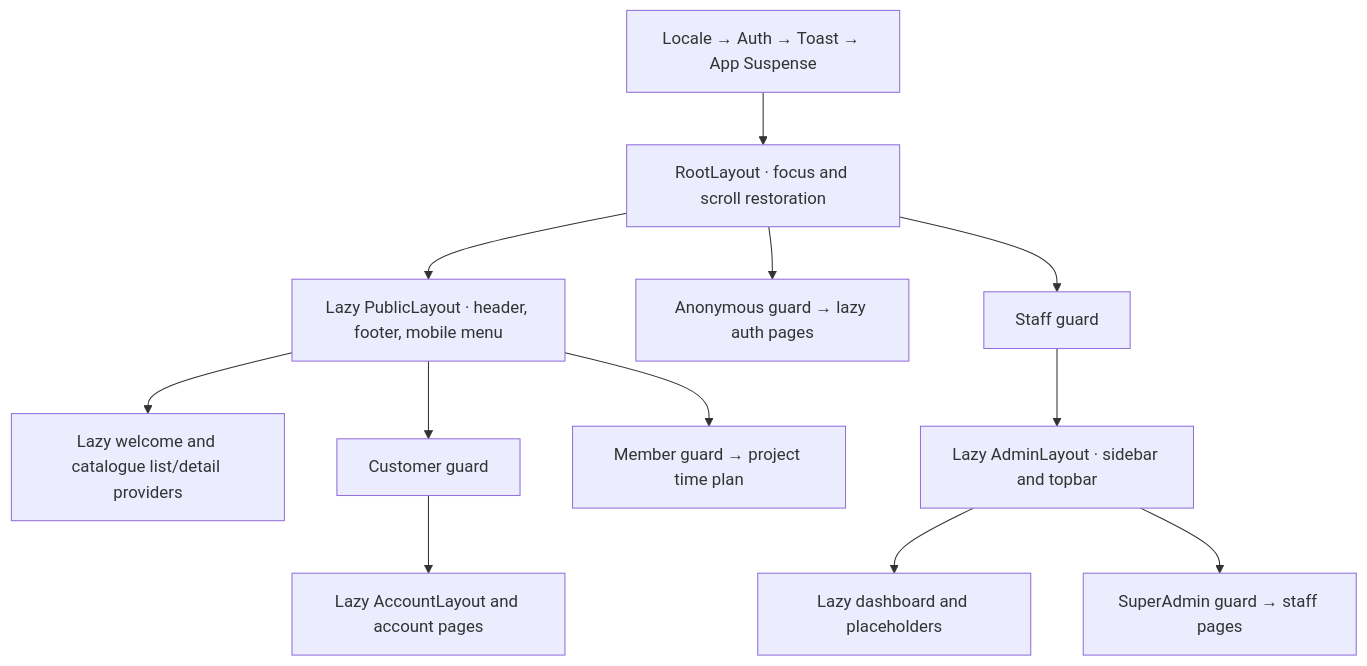
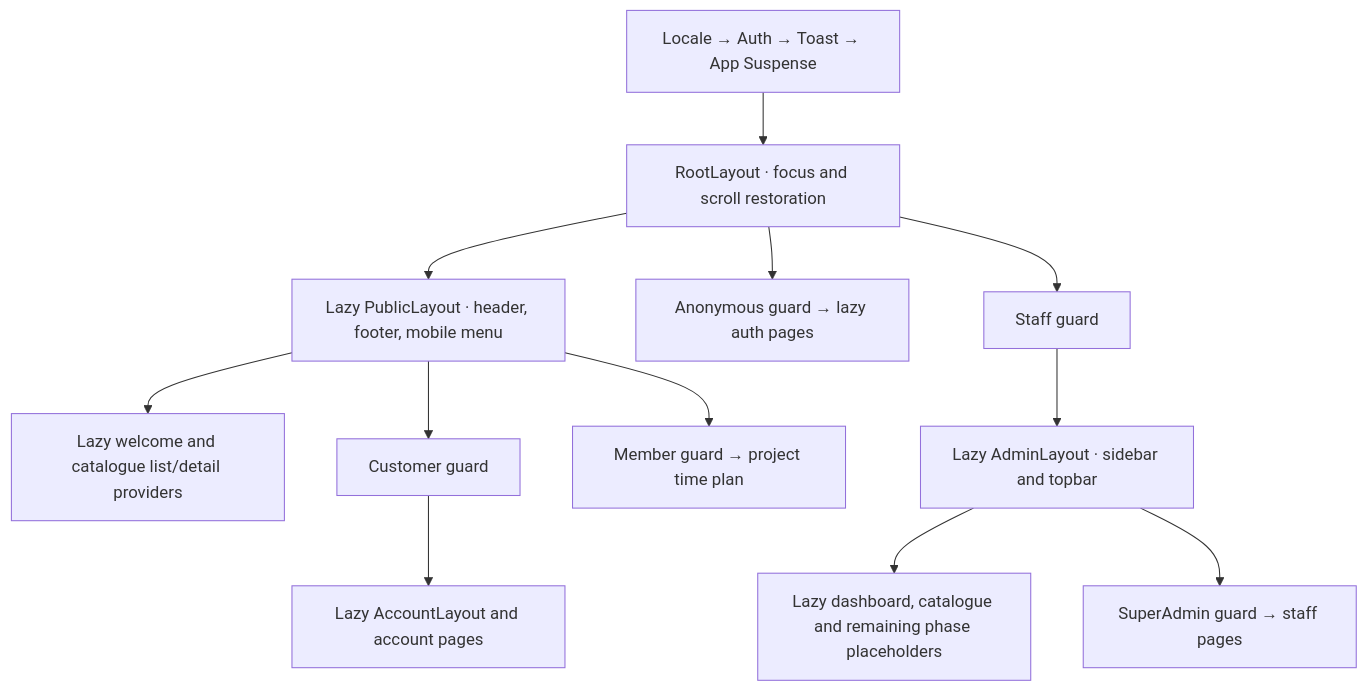
The diagram in docs/routing-access.md (mazen-khattab/Brouj_front-end), drawn with Mermaid before and after one commit. The commit also changed 66 other files, not shown here.

Commit message:
feat(admin): implement Part 08 admin catalogue, media management, and amenity editor

````diff
--- a/docs/routing-access.md
+++ b/docs/routing-access.md
@@ -73,14 +73,14 @@
 ```mermaid
 flowchart TD
     Foundations[Locale → Auth → Toast → App Suspense] --> Root[RootLayout · focus and scroll restoration]
     Root --> Public[Lazy PublicLayout · header, footer, mobile menu]
     Public --> PublicPages[Lazy welcome and catalogue list/detail providers]
     Public --> CustomerGuard[Customer guard]
     CustomerGuard --> Account[Lazy AccountLayout and account pages]
     Public --> MemberGuard[Member guard → project time plan]
     Root --> AnonymousGuard[Anonymous guard → lazy auth pages]
     Root --> StaffGuard[Staff guard]
     StaffGuard --> Admin[Lazy AdminLayout · sidebar and topbar]
-    Admin --> AdminPages[Lazy dashboard and placeholders]
+    Admin --> AdminPages[Lazy dashboard, catalogue and remaining phase placeholders]
     Admin --> SuperGuard[SuperAdmin guard → staff pages]
 ```
````
